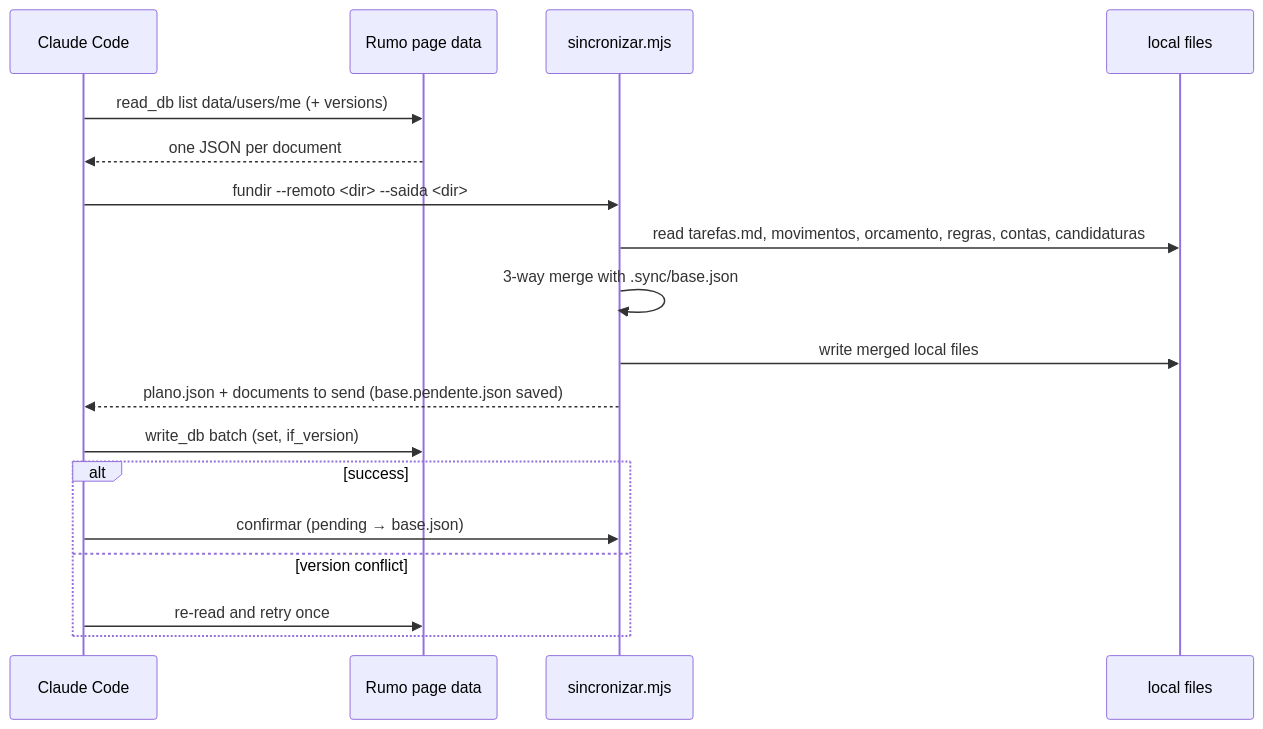
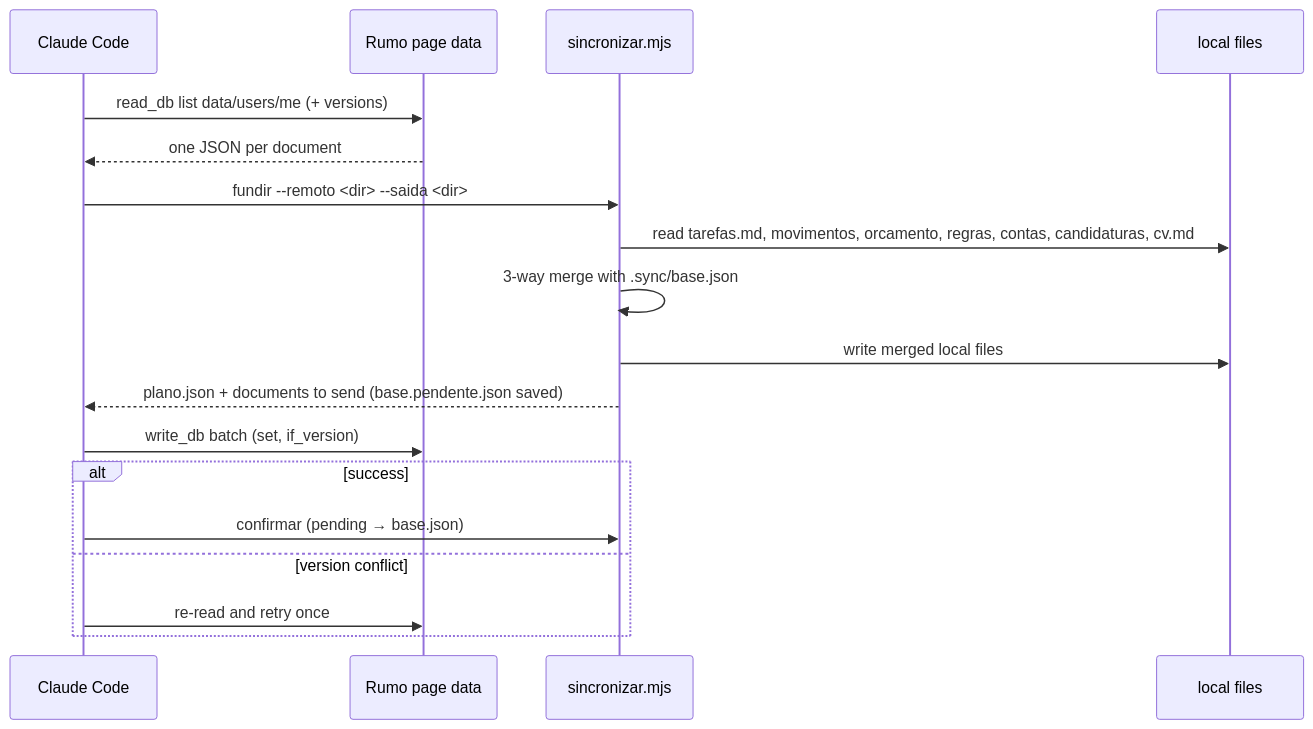
The second of 2 diagrams in docs/architecture.md (pinthoz/Rumo), drawn with Mermaid before and after one commit. The commit also changed other lines of this file and 3 other files, not shown here.

````diff
--- a/docs/architecture.md
+++ b/docs/architecture.md
@@ -173,20 +201,20 @@
 ```mermaid
 sequenceDiagram
   participant C as Claude Code
   participant P as Rumo page data
   participant S as sincronizar.mjs
   participant F as local files
   C->>P: read_db list data/users/me (+ versions)
   P-->>C: one JSON per document
   C->>S: fundir --remoto <dir> --saida <dir>
-  S->>F: read tarefas.md, movimentos, orcamento, regras, contas, candidaturas
+  S->>F: read tarefas.md, movimentos, orcamento, regras, contas, candidaturas, cv.md
   S->>S: 3-way merge with .sync/base.json
   S->>F: write merged local files
   S-->>C: plano.json + documents to send (base.pendente.json saved)
   C->>P: write_db batch (set, if_version)
   alt success
     C->>S: confirmar (pending → base.json)
   else version conflict
     C->>P: re-read and retry once
   end
 ```
````
